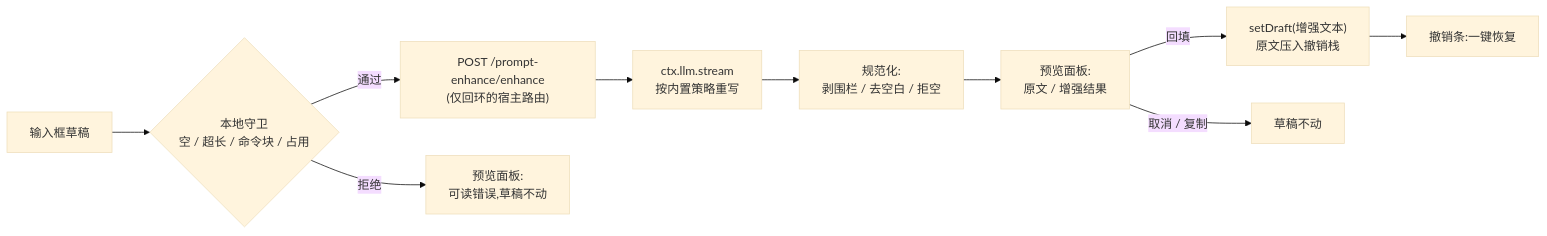
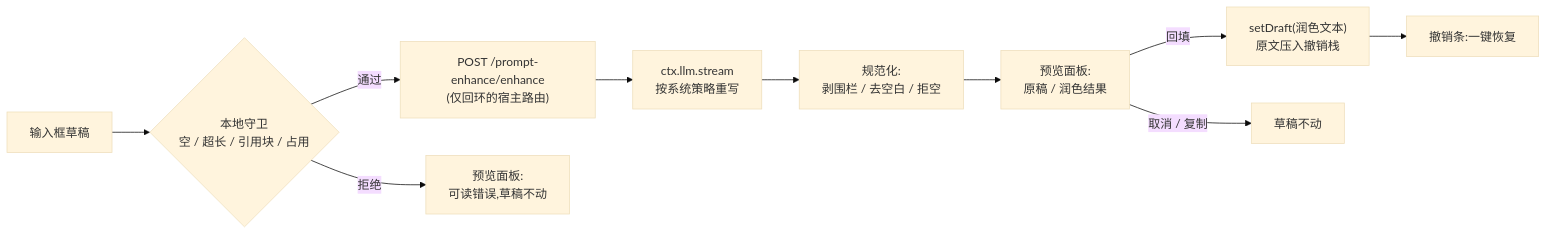
Before and after one commit to rangercd67/dsh-prompt-polish: the diagram in README.zh-CN.md, drawn with Mermaid (base theme). The commit also changed other lines of this file and 52 other files, not shown here.

````diff
--- a/README.zh-CN.md
+++ b/README.zh-CN.md
@@ -35,12 +120,12 @@
 ```mermaid
 flowchart LR
-    A[输入框草稿] --> B{本地守卫<br/>空 / 超长 / 命令块 / 占用}
+    A[输入框草稿] --> B{本地守卫<br/>空 / 超长 / 引用块 / 占用}
     B -- 通过 --> C["POST /prompt-enhance/enhance<br/>(仅回环的宿主路由)"]
     B -- 拒绝 --> P[预览面板:<br/>可读错误,草稿不动]
-    C --> D["ctx.llm.stream<br/>按内置策略重写"]
+    C --> D["ctx.llm.stream<br/>按系统策略重写"]
     D --> E[规范化:<br/>剥围栏 / 去空白 / 拒空]
-    E --> F[预览面板:<br/>原文 / 增强结果]
-    F -- 回填 --> G["setDraft(增强文本)<br/>原文压入撤销栈"]
+    E --> F[预览面板:<br/>原稿 / 润色结果]
+    F -- 回填 --> G["setDraft(润色文本)<br/>原文压入撤销栈"]
     F -- 取消 / 复制 --> H[草稿不动]
     G --> U[撤销条:一键恢复]
 ```
````
